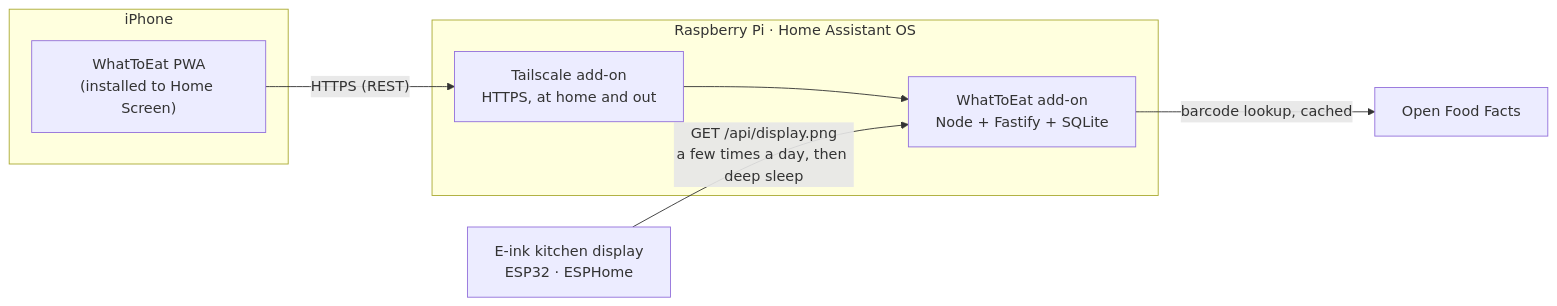
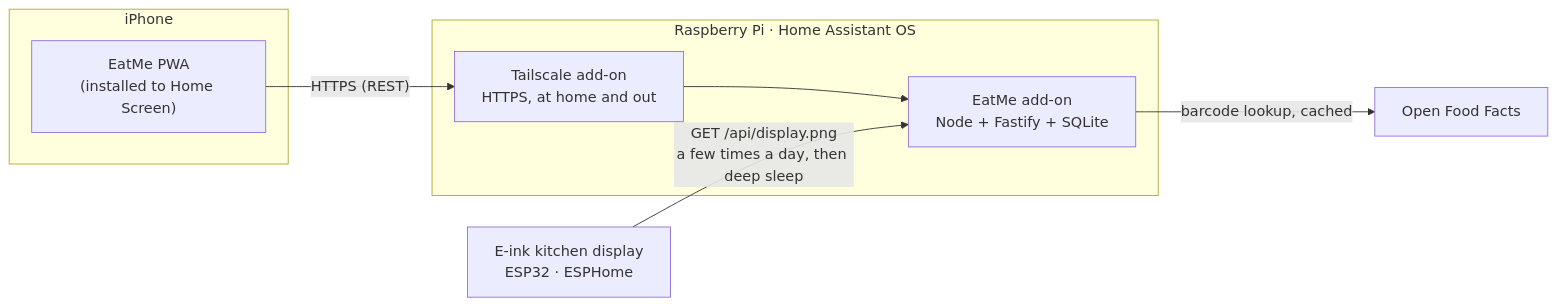
Before and after one commit to lewisf94/EatMe: the diagram in README.md, drawn with Mermaid. The commit also changed other lines of this file and 48 other files, not shown here.

First line of the commit message:
Rename project WhatToEat → EatMe

````diff
--- a/README.md
+++ b/README.md
@@ -20,17 +20,17 @@
 ```mermaid
 flowchart LR
     subgraph phone["iPhone"]
-        pwa["WhatToEat PWA<br/>(installed to Home Screen)"]
+        pwa["EatMe PWA<br/>(installed to Home Screen)"]
     end
     subgraph pi["Raspberry Pi · Home Assistant OS"]
-        addon["WhatToEat add-on<br/>Node + Fastify + SQLite"]
+        addon["EatMe add-on<br/>Node + Fastify + SQLite"]
         ts["Tailscale add-on<br/>HTTPS, at home and out"]
     end
     epaper["E-ink kitchen display<br/>ESP32 · ESPHome"]
     off["Open Food Facts"]
 
     pwa -->|"HTTPS (REST)"| ts
     ts --> addon
     epaper -->|"GET /api/display.png<br/>a few times a day, then deep sleep"| addon
     addon -->|"barcode lookup, cached"| off
 ```
````
